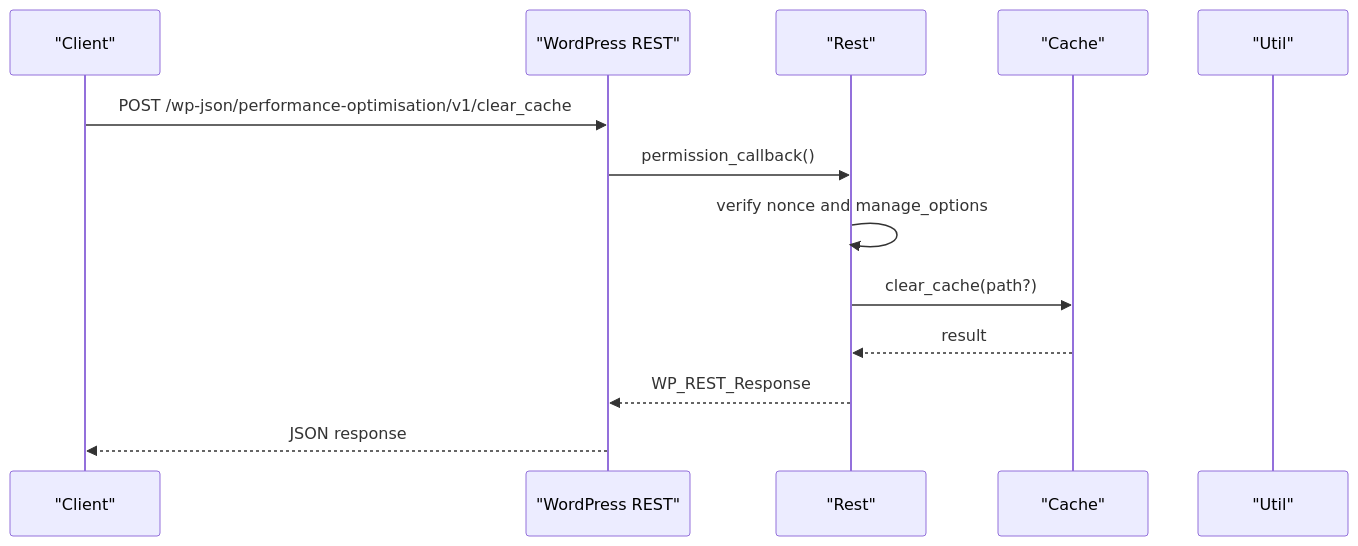
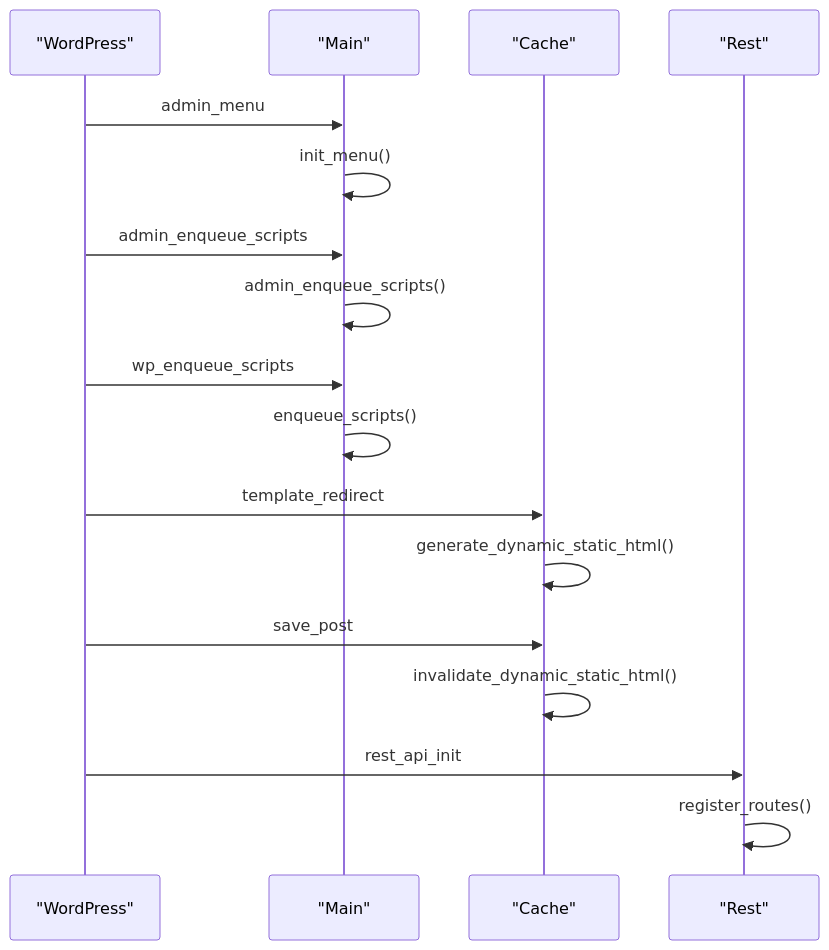
Before and after one commit to nilesh32236/performance-optimisation: the fourth of 5 diagrams in .qoder/repowiki/en/content/Core Architecture/Plugin Initialization.md, drawn with Mermaid. The commit also changed other lines of this file and 46 other files, not shown here.

````diff
--- a/.qoder/repowiki/en/content/Core Architecture/Plugin Initialization.md
+++ b/.qoder/repowiki/en/content/Core Architecture/Plugin Initialization.md
@@ -319,15 +216,19 @@
 ```mermaid
 sequenceDiagram
-participant Client as "Client"
-participant WP as "WordPress REST"
-participant REST as "Rest"
+participant WP as "WordPress"
+participant Main as "Main"
 participant Cache as "Cache"
-participant Util as "Util"
-Client->>WP : POST /wp-json/performance-optimisation/v1/clear_cache
-WP->>REST : permission_callback()
-REST->>REST : verify nonce and manage_options
-REST->>Cache : clear_cache(path?)
-Cache-->>REST : result
-REST-->>WP : WP_REST_Response
-WP-->>Client : JSON response
+participant Rest as "Rest"
+WP->>Main : admin_menu
+Main->>Main : init_menu()
+WP->>Main : admin_enqueue_scripts
+Main->>Main : admin_enqueue_scripts()
+WP->>Main : wp_enqueue_scripts
+Main->>Main : enqueue_scripts()
+WP->>Cache : template_redirect
+Cache->>Cache : generate_dynamic_static_html()
+WP->>Cache : save_post
+Cache->>Cache : invalidate_dynamic_static_html()
+WP->>Rest : rest_api_init
+Rest->>Rest : register_routes()
 ```
````
